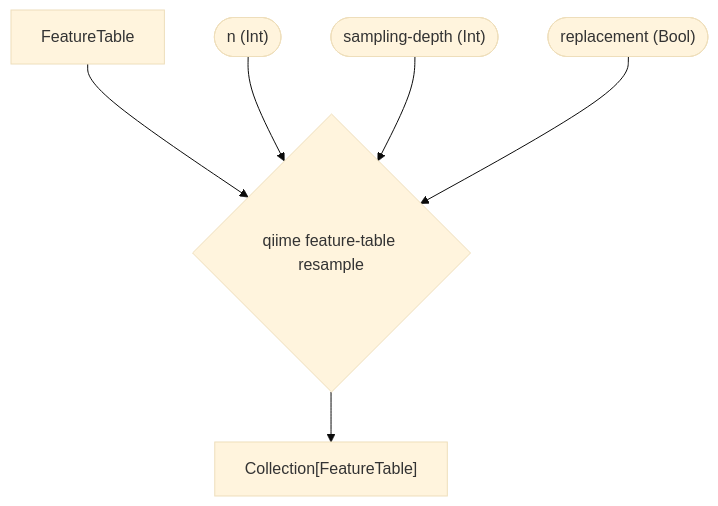
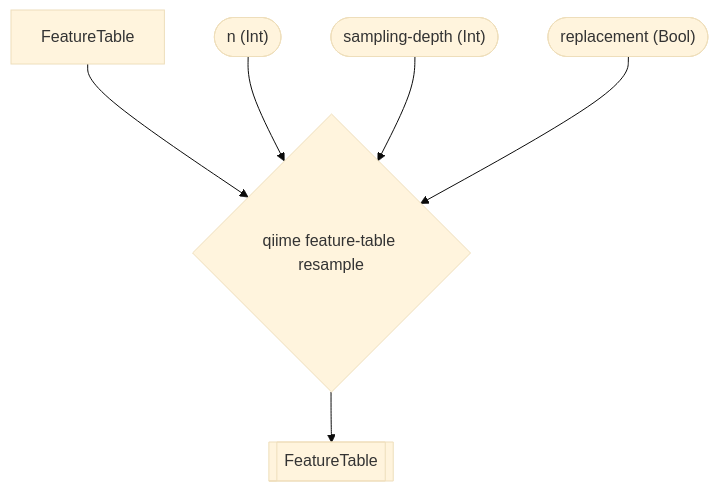
One commit to caporaso-lab/q2-boots-book changed the first of 4 diagrams in book/images/pipeline-chart.md. Above: the diagram before and after it, drawn with Mermaid (base theme). The commit also changed other lines of this file, not shown here.

Commit message:
DOC: figure prep for first pre-print submission

````diff
--- a/book/images/pipeline-chart.md
+++ b/book/images/pipeline-chart.md
@@ -2,10 +2,10 @@
 ```mermaid
 flowchart TD
 
     feature-table["FeatureTable"] --> resample
     n(["n (Int)"]) --> resample
     sampling-depth(["sampling-depth (Int)"]) --> resample
     replacement(["replacement (Bool)"]) --> resample
-    resample{qiime feature-table resample} -->
-    feature-collection["Collection[FeatureTable]"]
+    resample{"qiime feature-table resample"} --> feature-collection
+    feature-collection[["FeatureTable"]]
 ```
````
